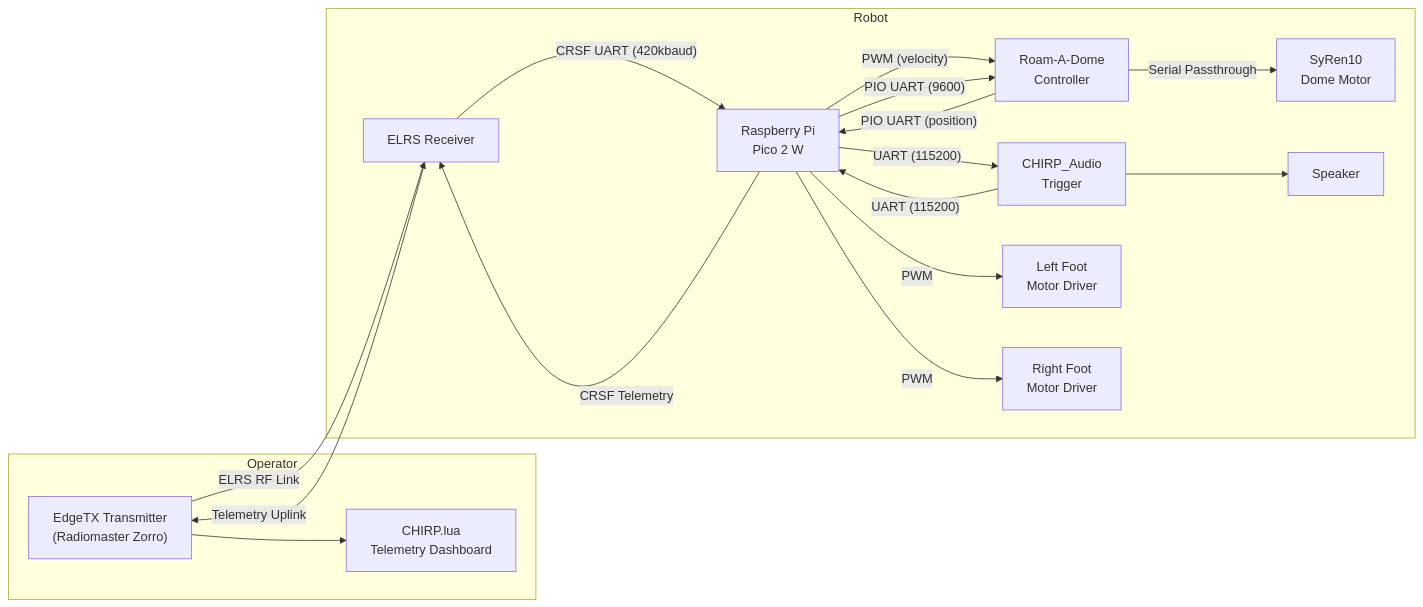
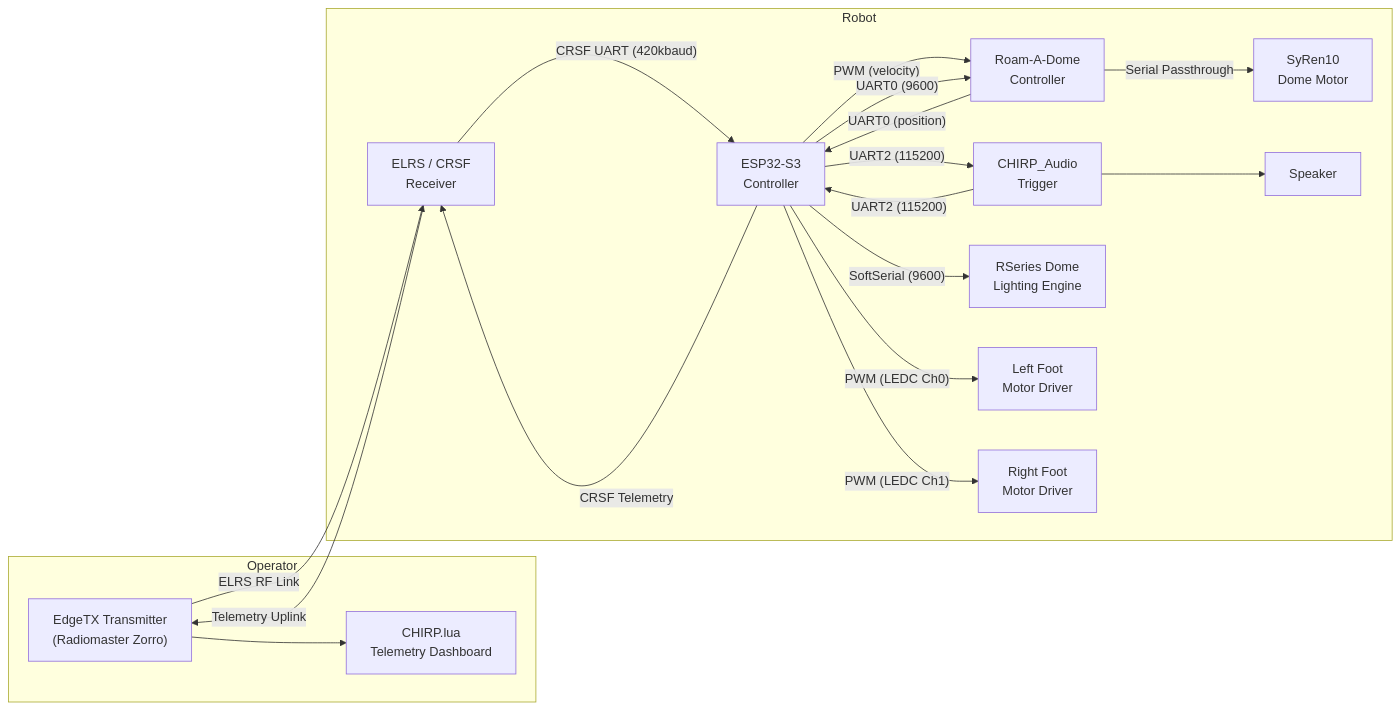
The first of 3 diagrams in CHIRP_Droid_Control/README.md (joymonkey/CHIRP), drawn with Mermaid before and after one commit. The commit also changed other lines of this file and 42 other files, not shown here.

````diff
--- a/CHIRP_Droid_Control/README.md
+++ b/CHIRP_Droid_Control/README.md
@@ -28,31 +38,33 @@
 ```mermaid
 graph LR
     subgraph Operator
         TX["EdgeTX Transmitter<br/>(Radiomaster Zorro)"]
         LUA["CHIRP.lua<br/>Telemetry Dashboard"]
     end
     subgraph Robot
-        ELRS["ELRS Receiver"]
-        PICO["Raspberry Pi<br/>Pico 2 W"]
+        ELRS["ELRS / CRSF<br/>Receiver"]
+        ESP["ESP32-S3<br/>Controller"]
         RAD["Roam-A-Dome<br/>Controller"]
         AUDIO["CHIRP_Audio<br/>Trigger"]
+        LIGHT["RSeries Dome<br/>Lighting Engine"]
         FL["Left Foot<br/>Motor Driver"]
         FR["Right Foot<br/>Motor Driver"]
         SYR["SyRen10<br/>Dome Motor"]
         SPK["Speaker"]
     end
     TX -- "ELRS RF Link" --> ELRS
-    ELRS -- "CRSF UART (420kbaud)" --> PICO
-    PICO -- "CRSF Telemetry" --> ELRS
+    ELRS -- "CRSF UART (420kbaud)" --> ESP
+    ESP -- "CRSF Telemetry" --> ELRS
     ELRS -- "Telemetry Uplink" --> TX
     TX --> LUA
-    PICO -- "UART (115200)" --> AUDIO
-    AUDIO -- "UART (115200)" --> PICO
+    ESP -- "UART2 (115200)" --> AUDIO
+    AUDIO -- "UART2 (115200)" --> ESP
     AUDIO --> SPK
-    PICO -- "PWM (velocity)" --> RAD
-    PICO -- "PIO UART (9600)" --> RAD
-    RAD -- "PIO UART (position)" --> PICO
+    ESP -- "PWM (velocity)" --> RAD
+    ESP -- "UART0 (9600)" --> RAD
+    RAD -- "UART0 (position)" --> ESP
     RAD -- "Serial Passthrough" --> SYR
-    PICO -- "PWM" --> FL
-    PICO -- "PWM" --> FR
+    ESP -- "SoftSerial (9600)" --> LIGHT
+    ESP -- "PWM (LEDC Ch0)" --> FL
+    ESP -- "PWM (LEDC Ch1)" --> FR
 ```
````
